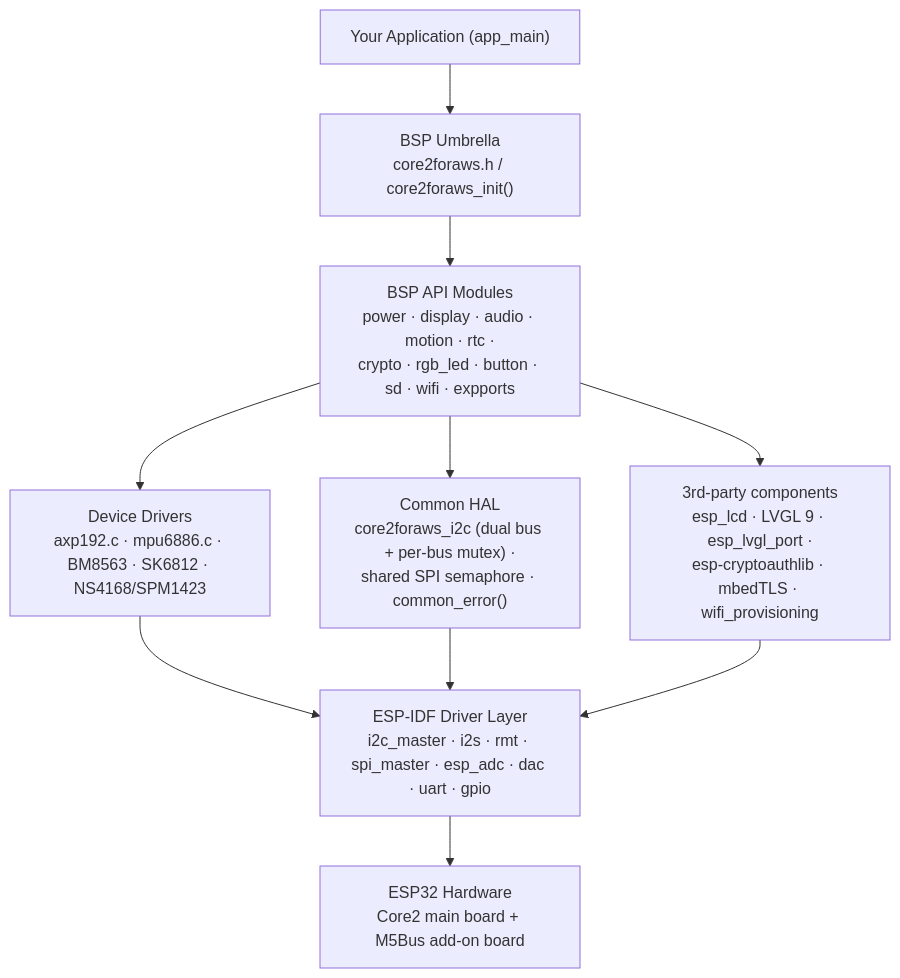
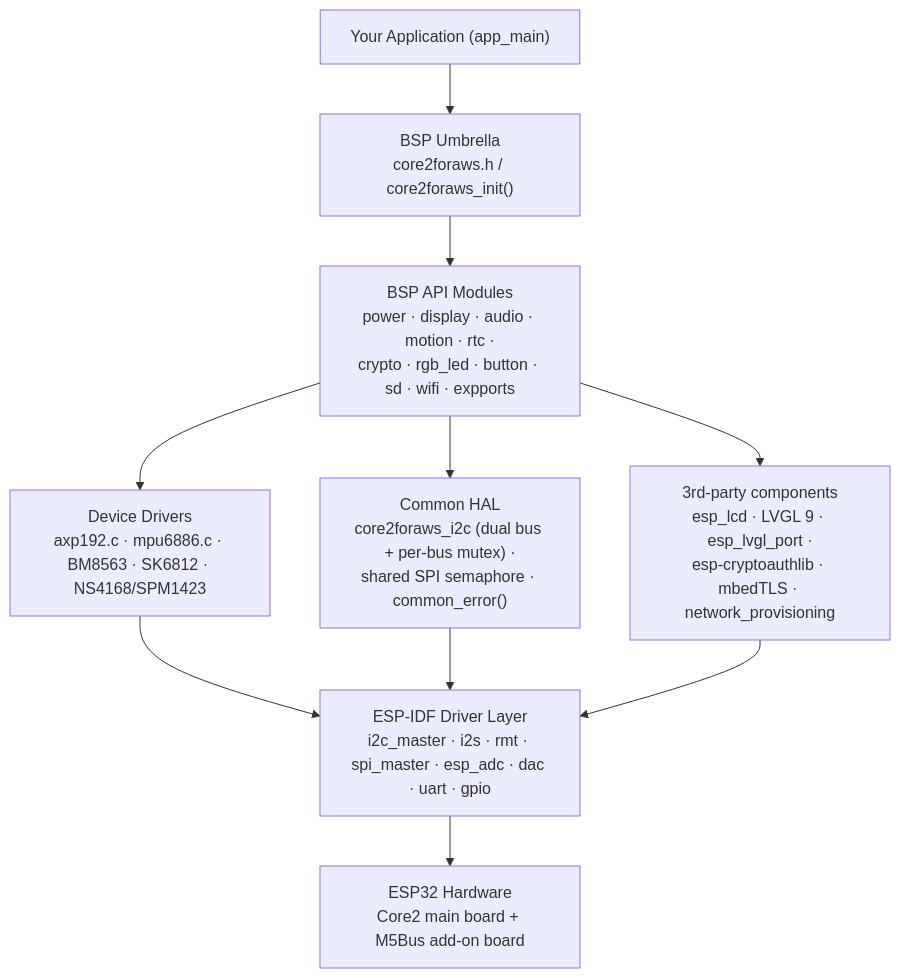
Before and after one commit to rashedtalukder/Core2-for-AWS-IoT-EduKit: the first of 3 diagrams in .claude/design.md, drawn with Mermaid. The commit also changed other lines of this file and 2 other files, not shown here.

Commit message:
docs: align ATECC and ESP-IDF 6 documentation

````diff
--- a/.claude/design.md
+++ b/.claude/design.md
@@ -63,12 +63,12 @@
 ```mermaid
 graph TD
     A["Your Application (app_main)"] --> B["BSP Umbrella<br/>core2foraws.h / core2foraws_init()"]
     B --> C["BSP API Modules<br/>power · display · audio · motion · rtc ·<br/>crypto · rgb_led · button · sd · wifi · expports"]
     C --> D1["Device Drivers<br/>axp192.c · mpu6886.c · BM8563 · SK6812 · NS4168/SPM1423"]
     C --> D2["Common HAL<br/>core2foraws_i2c (dual bus + per-bus mutex) ·<br/>shared SPI semaphore · common_error()"]
-    C --> E["3rd-party components<br/>esp_lcd · LVGL 9 · esp_lvgl_port ·<br/>esp-cryptoauthlib · mbedTLS · wifi_provisioning"]
+    C --> E["3rd-party components<br/>esp_lcd · LVGL 9 · esp_lvgl_port ·<br/>esp-cryptoauthlib · mbedTLS · network_provisioning"]
     D1 --> F["ESP-IDF Driver Layer<br/>i2c_master · i2s · rmt · spi_master · esp_adc · dac · uart · gpio"]
     D2 --> F
     E --> F
     F --> G["ESP32 Hardware<br/>Core2 main board + M5Bus add-on board"]
 ```
````
